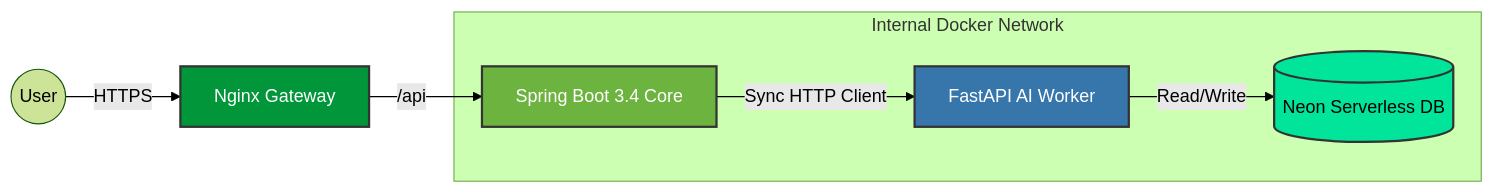
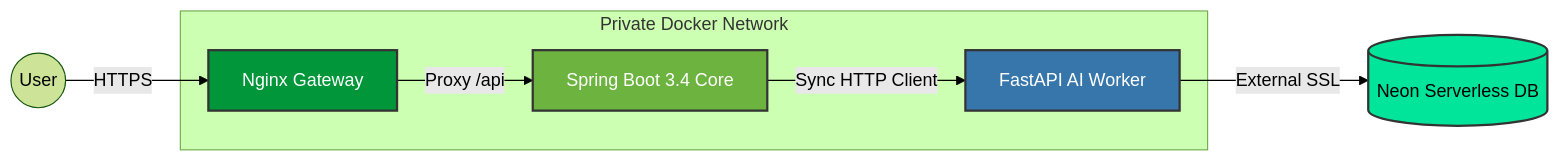
Before and after one commit to amrit9782/cortex-platform: the diagram in README.md, drawn with Mermaid (forest theme). The commit also changed other lines of this file, not shown here.

Commit message:
Update README with improved architecture diagram and fixed badge links

````diff
--- a/README.md
+++ b/README.md
@@ -20,15 +20,16 @@
 ```mermaid
 graph LR
     User((User)) -->|HTTPS| Nginx[Nginx Gateway]
-    Nginx -->|/api| Spring[Spring Boot 3.4 Core]
     
-    subgraph Internal Docker Network
+    subgraph "Private Docker Network"
+    Nginx -->|Proxy /api| Spring[Spring Boot 3.4 Core]
     Spring -->|Sync HTTP Client| Python[FastAPI AI Worker]
-    Python -->|Read/Write| DB[(Neon Serverless DB)]
     end
+
+    Python -->|External SSL| DB[(Neon Serverless DB)]
     
     style Spring fill:#6db33f,stroke:#333,stroke-width:2px,color:white
     style Python fill:#3776ab,stroke:#333,stroke-width:2px,color:white
     style Nginx fill:#009639,stroke:#333,stroke-width:2px,color:white
     style DB fill:#00e599,stroke:#333,stroke-width:2px
 ```
````
